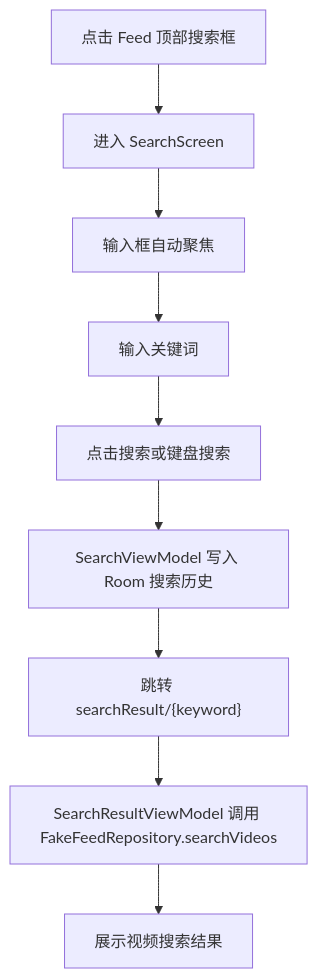
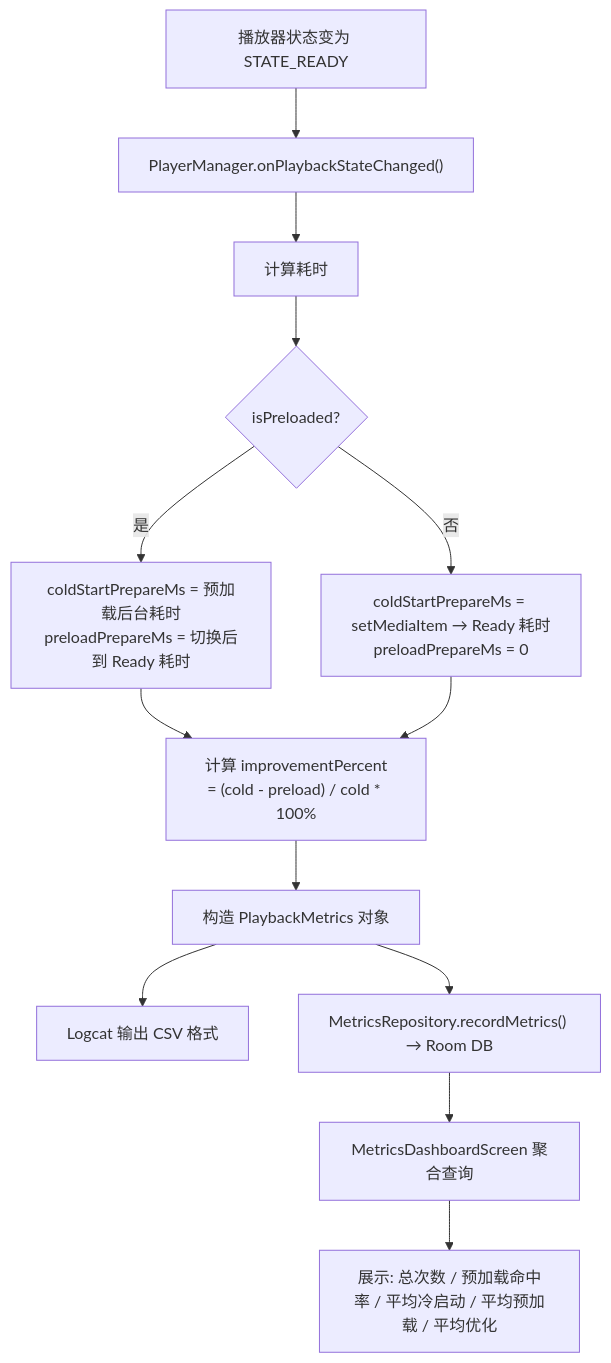
Before and after one commit to Tmilk123/Android: the fifth of 9 diagrams in docs/technical_design.md, drawn with Mermaid. The commit also changed other lines of this file and 2 other files, not shown here.

````diff
--- a/docs/technical_design.md
+++ b/docs/technical_design.md
@@ -141,11 +578,15 @@
 ```mermaid
 flowchart TD
-    A["点击 Feed 顶部搜索框"] --> B["进入 SearchScreen"]
-    B --> C["输入框自动聚焦"]
-    C --> D["输入关键词"]
-    D --> E["点击搜索或键盘搜索"]
-    E --> F["SearchViewModel 写入 Room 搜索历史"]
-    F --> G["跳转 searchResult/{keyword}"]
-    G --> H["SearchResultViewModel 调用 FakeFeedRepository.searchVideos"]
-    H --> I["展示视频搜索结果"]
+    A["播放器状态变为 STATE_READY"] --> B["PlayerManager.onPlaybackStateChanged()"]
+    B --> C["计算耗时"]
+    C --> D{"isPreloaded?"}
+    D -- "是" --> E["coldStartPrepareMs = 预加载后台耗时<br>preloadPrepareMs = 切换后到 Ready 耗时"]
+    D -- "否" --> F["coldStartPrepareMs = setMediaItem → Ready 耗时<br>preloadPrepareMs = 0"]
+    E --> G["计算 improvementPercent<br>= (cold - preload) / cold * 100%"]
+    F --> G
+    G --> H["构造 PlaybackMetrics 对象"]
+    H --> I["Logcat 输出 CSV 格式"]
+    H --> J["MetricsRepository.recordMetrics() → Room DB"]
+    J --> K["MetricsDashboardScreen 聚合查询"]
+    K --> L["展示: 总次数 / 预加载命中率 / 平均冷启动 / 平均预加载 / 平均优化"]
 ```
````
